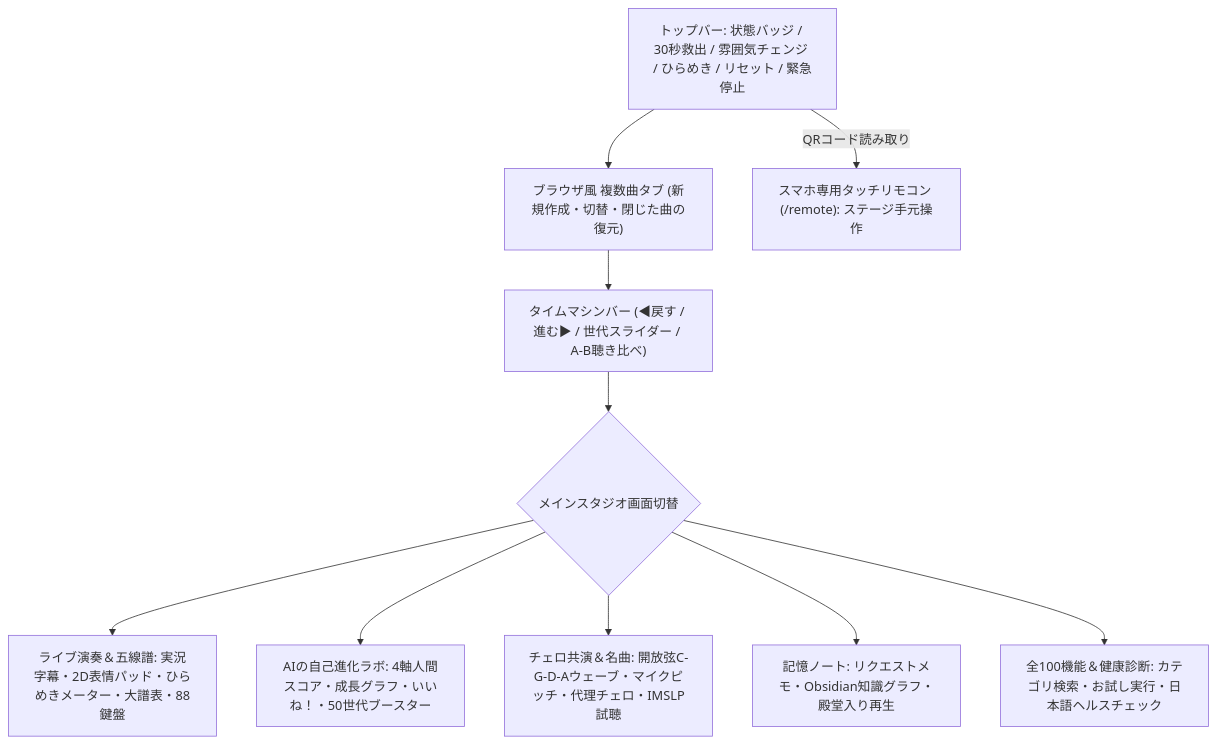
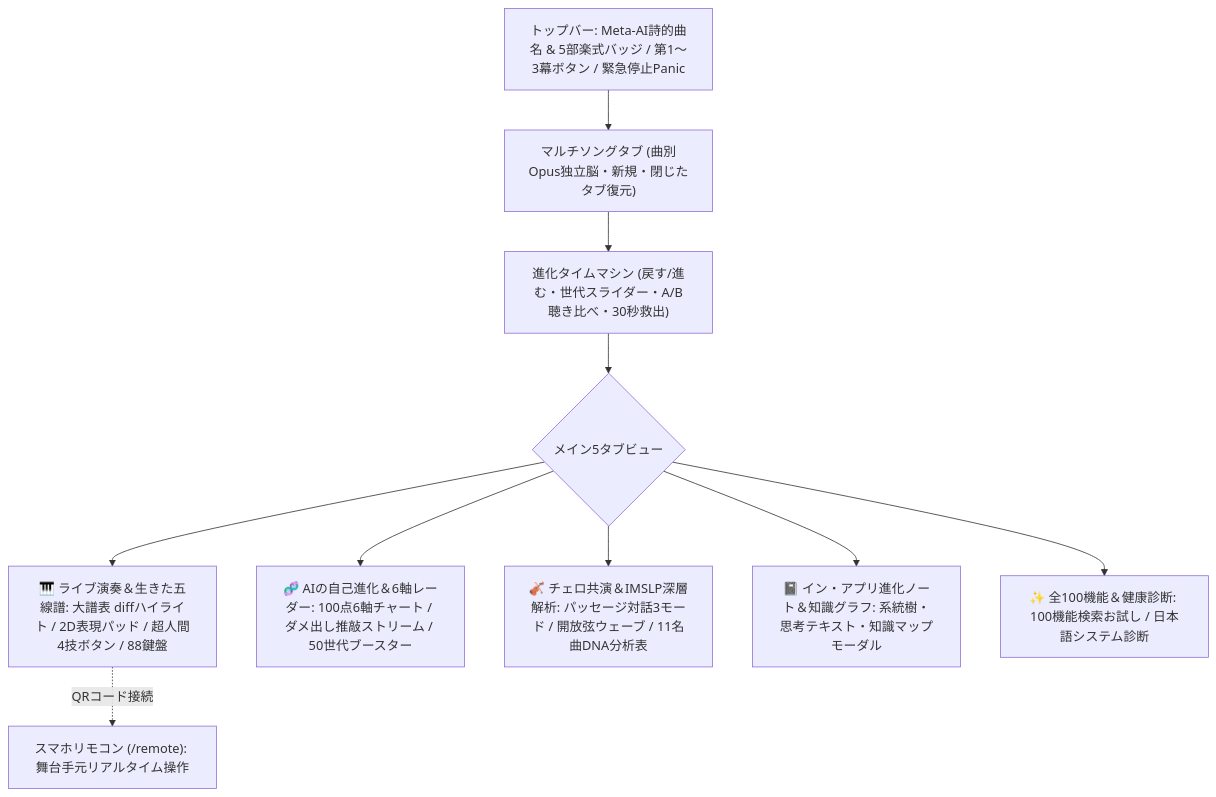
One commit to AI-Avalon/Disklavier-Auto changed the fifth of 5 diagrams in README.md. Above: the diagram before and after it, drawn with Mermaid. The commit also changed other lines of this file and 24 other files, not shown here.

````diff
--- a/README.md
+++ b/README.md
@@ -90,12 +127,12 @@
 ```mermaid
 flowchart TD
-    Top["トップバー: 状態バッジ / 30秒救出 / 雰囲気チェンジ / ひらめき / リセット / 緊急停止"] --> TabBar["ブラウザ風 複数曲タブ (新規作成・切替・閉じた曲の復元)"]
-    TabBar --> TimeBar["タイムマシンバー (◀戻す / 進む▶ / 世代スライダー / A-B聴き比べ)"]
-    TimeBar --> Views{"メインスタジオ画面切替"}
-    Views --> V1["ライブ演奏＆五線譜: 実況字幕・2D表情パッド・ひらめきメーター・大譜表・88鍵盤"]
-    Views --> V2["AIの自己進化ラボ: 4軸人間スコア・成長グラフ・いいね！・50世代ブースター"]
-    Views --> V3["チェロ共演＆名曲: 開放弦C-G-D-Aウェーブ・マイクピッチ・代理チェロ・IMSLP試聴"]
-    Views --> V4["記憶ノート: リクエストメモ・Obsidian知識グラフ・殿堂入り再生"]
-    Views --> V5["全100機能＆健康診断: カテゴリ検索・お試し実行・日本語ヘルスチェック"]
-    Top -- "QRコード読み取り" --> Remote["スマホ専用タッチリモコン (/remote): ステージ手元操作"]
+    Top["トップバー: Meta-AI詩的曲名 & 5部楽式バッジ / 第1〜3幕ボタン / 緊急停止Panic"] --> Tabs["マルチソングタブ (曲別Opus独立脳・新規・閉じたタブ復元)"]
+    Tabs --> Time["進化タイムマシン (戻す/進む・世代スライダー・A/B聴き比べ・30秒救出)"]
+    Time --> StageView{"メイン5タブビュー"}
+    StageView --> V1["🎹 ライブ演奏＆生きた五線譜: 大譜表 diffハイライト / 2D表現パッド / 超人間4技ボタン / 88鍵盤"]
+    StageView --> V2["🧬 AIの自己進化＆6軸レーダー: 100点6軸チャート / ダメ出し推敲ストリーム / 50世代ブースター"]
+    StageView --> V3["🎻 チェロ共演＆IMSLP深層解析: パッセージ対話3モード / 開放弦ウェーブ / 11名曲DNA分析表"]
+    StageView --> V4["📓 イン・アプリ進化ノート＆知識グラフ: 系統樹・思考テキスト・知識マップモーダル"]
+    StageView --> V5["✨ 全100機能＆健康診断: 100機能検索お試し / 日本語システム診断"]
+    V1 -. "QRコード接続" .-> Remote["スマホリモコン (/remote): 舞台手元リアルタイム操作"]
 ```
````
